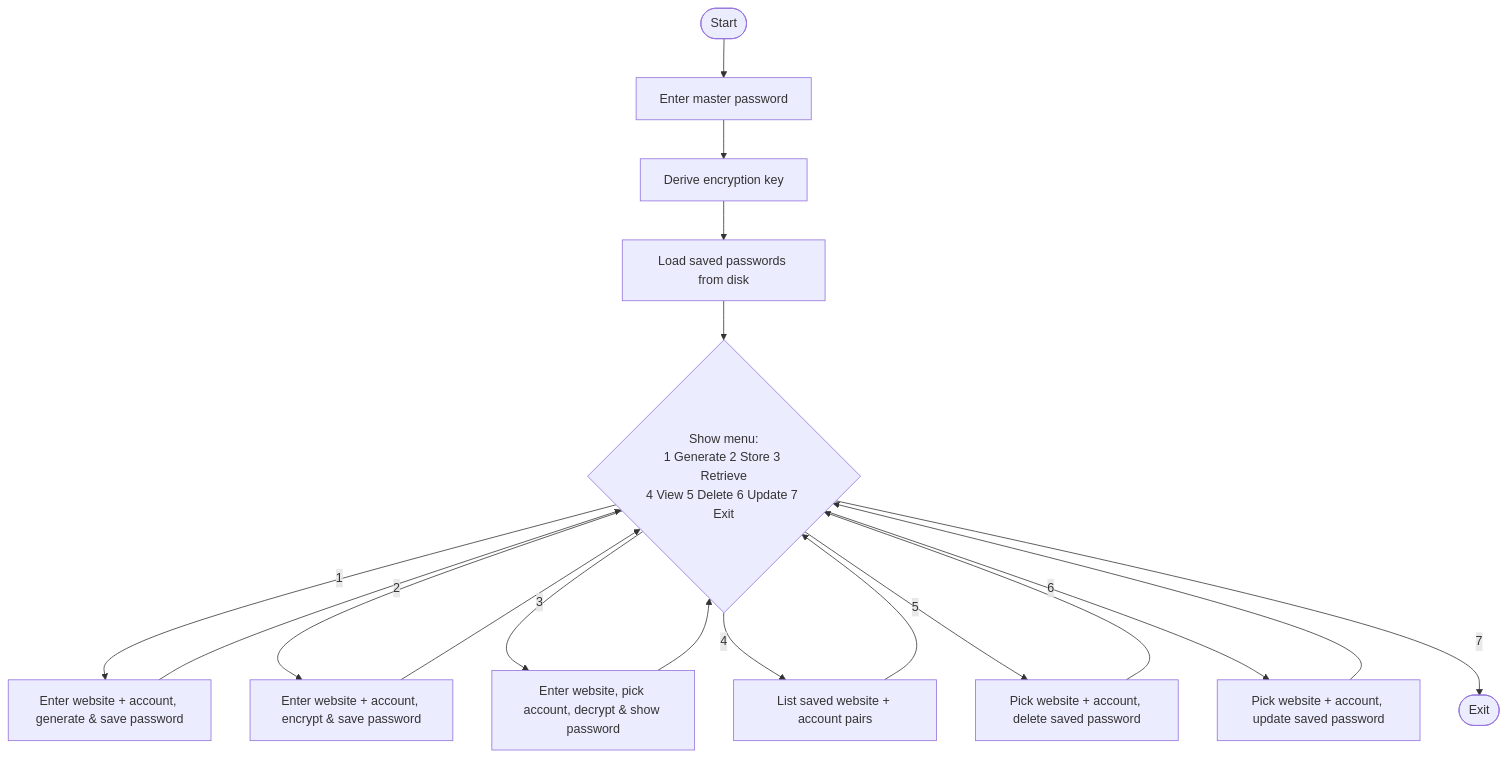
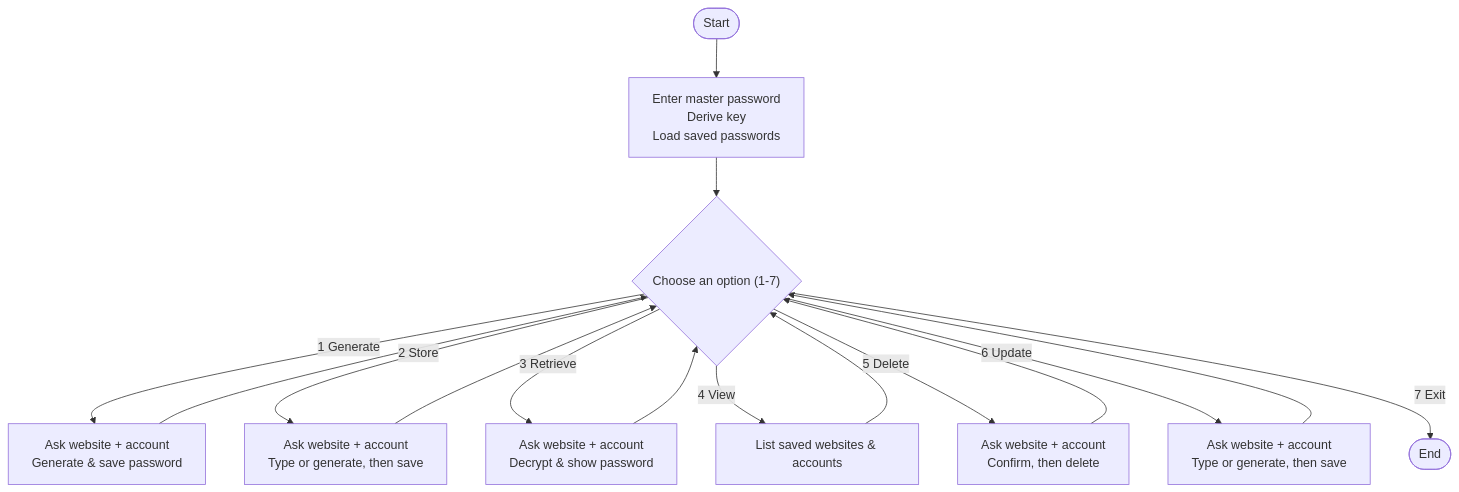
The second of 6 diagrams in Design.md (Chaitanya-Kalambkar/Password-Manager.VIT-Project), drawn with Mermaid before and after one commit. The commit also changed other lines of this file, not shown here.

First line of the commit message:
Revise objectives and update system diagrams

````diff
--- a/Design.md
+++ b/Design.md
@@ -59,20 +62,20 @@
 ```mermaid
 flowchart TD
-    Start(["Start"]) --> MasterPW["Enter master password"]
-    MasterPW --> Key["Derive encryption key"]
-    Key --> Load["Load saved passwords from disk"]
-    Load --> Menu{"Show menu:\n1 Generate 2 Store 3 Retrieve\n4 View 5 Delete 6 Update 7 Exit"}
-    Menu -- "1" --> Gen["Enter website + account, generate & save password"]
-    Menu -- "2" --> Store["Enter website + account, encrypt & save password"]
-    Menu -- "3" --> Retrieve["Enter website, pick account, decrypt & show password"]
-    Menu -- "4" --> View["List saved website + account pairs"]
-    Menu -- "5" --> Delete["Pick website + account, delete saved password"]
-    Menu -- "6" --> Update["Pick website + account, update saved password"]
-    Menu -- "7" --> Exit(["Exit"])
+    Start(["Start"]) --> Setup["Enter master password<br/>Derive key<br/>Load saved passwords"]
+    Setup --> Menu{"Choose an option (1-7)"}
+
+    Menu -- "1 Generate" --> Gen["Ask website + account<br/>Generate & save password"]
+    Menu -- "2 Store" --> Store["Ask website + account<br/>Type or generate, then save"]
+    Menu -- "3 Retrieve" --> Retrieve["Ask website + account<br/>Decrypt & show password"]
+    Menu -- "4 View" --> View["List saved websites & accounts"]
+    Menu -- "5 Delete" --> Delete["Ask website + account<br/>Confirm, then delete"]
+    Menu -- "6 Update" --> Update["Ask website + account<br/>Type or generate, then save"]
+    Menu -- "7 Exit" --> End(["End"])
+
     Gen --> Menu
     Store --> Menu
     Retrieve --> Menu
     View --> Menu
     Delete --> Menu
     Update --> Menu
 ```
````
